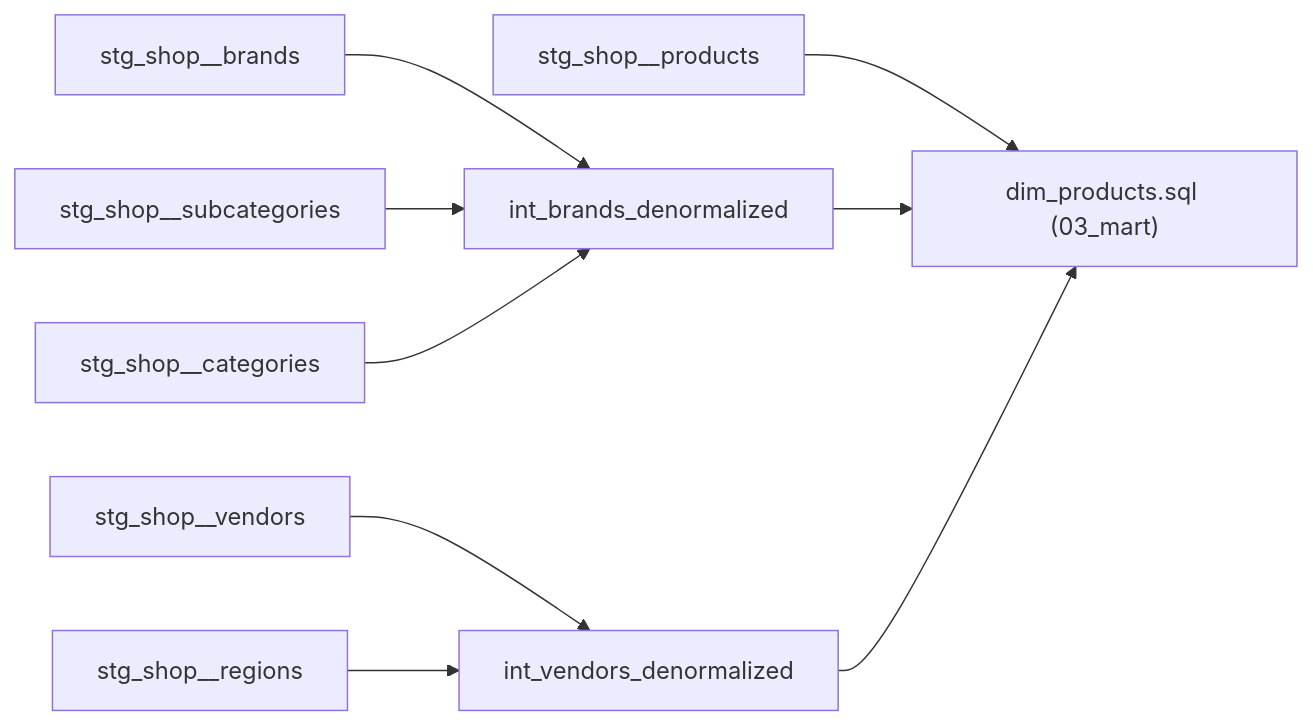
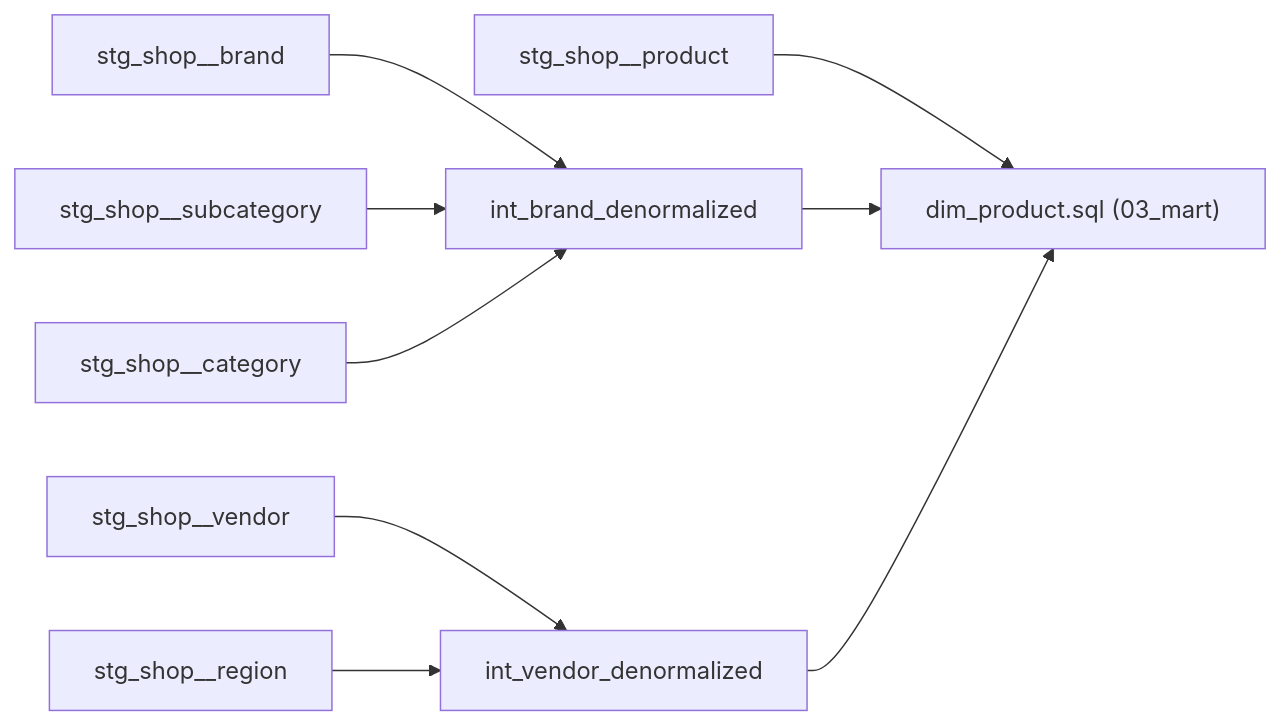
The diagram in docs/dbt-layers-conventions.md (ducchetrongminh/vitlamdata_dbt_postgres), drawn with Mermaid before and after one commit. The commit also changed other lines of this file and 2 other files, not shown here.

````diff
--- a/docs/dbt-layers-conventions.md
+++ b/docs/dbt-layers-conventions.md
@@ -194,11 +194,11 @@
 ```mermaid
 flowchart LR
-    stg_brands["stg_shop__brands"] --> int_brands["int_brands_denormalized"]
-    stg_subcategories["stg_shop__subcategories"] --> int_brands
-    stg_categories["stg_shop__categories"] --> int_brands
-    stg_vendors["stg_shop__vendors"] --> int_vendors["int_vendors_denormalized"]
-    stg_regions["stg_shop__regions"] --> int_vendors
-    stg_products["stg_shop__products"] --> dim["dim_products.sql (03_mart)"]
-    int_brands --> dim
-    int_vendors --> dim
+    stg_brand["stg_shop__brand"] --> int_brand["int_brand_denormalized"]
+    stg_subcategory["stg_shop__subcategory"] --> int_brand
+    stg_category["stg_shop__category"] --> int_brand
+    stg_vendor["stg_shop__vendor"] --> int_vendor["int_vendor_denormalized"]
+    stg_region["stg_shop__region"] --> int_vendor
+    stg_product["stg_shop__product"] --> dim["dim_product.sql (03_mart)"]
+    int_brand --> dim
+    int_vendor --> dim
 ```
````
